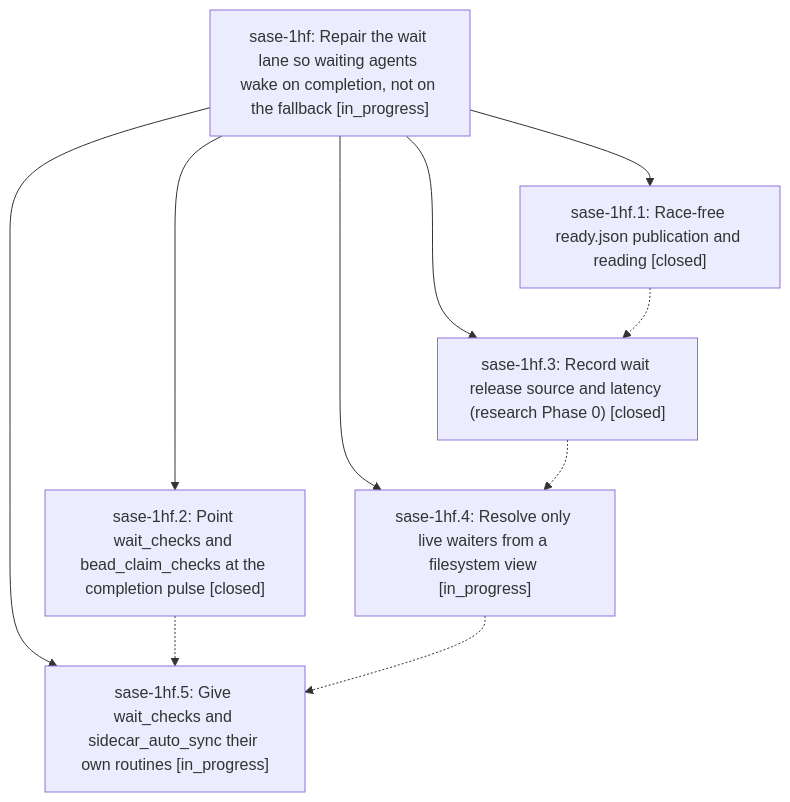
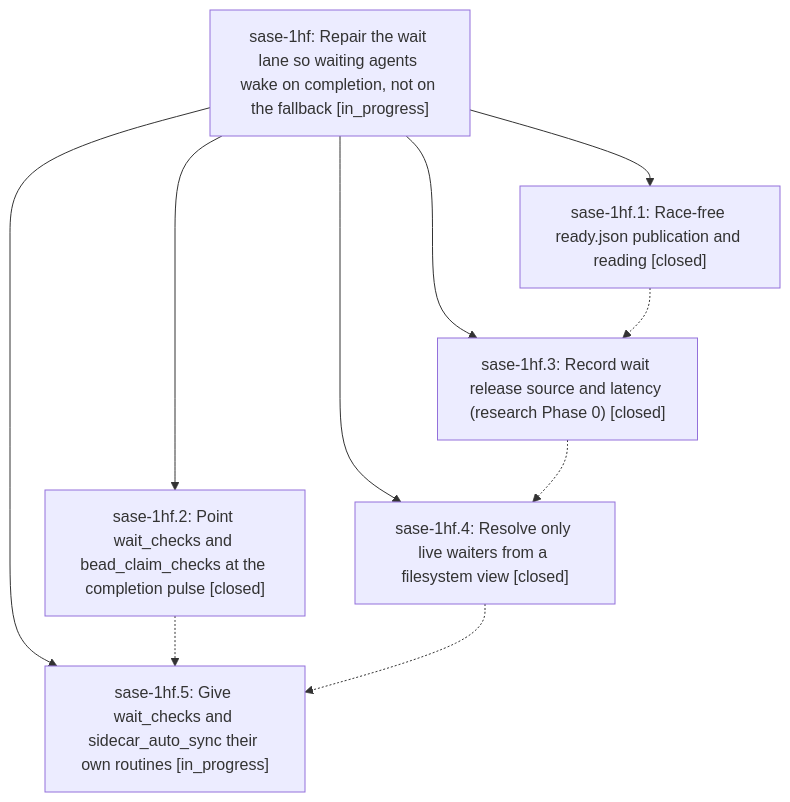
The diagram in pages/sase-1hf/README.md (sase-org/sase--beads), drawn with Mermaid before and after one commit. The commit also changed other lines of this file and 3 other files, not shown here.

````diff
--- a/pages/sase-1hf/README.md
+++ b/pages/sase-1hf/README.md
@@ -26,18 +38,18 @@
 ```mermaid
 flowchart TD
     n0["sase-1hf: Repair the wait lane so waiting agents wake on completion, not on the fallback [in_progress]"]
     n1["sase-1hf.1: Race-free ready.json publication and reading [closed]"]
     n2["sase-1hf.2: Point wait_checks and bead_claim_checks at the completion pulse [closed]"]
     n3["sase-1hf.3: Record wait release source and latency (research Phase 0) [closed]"]
-    n4["sase-1hf.4: Resolve only live waiters from a filesystem view [in_progress]"]
+    n4["sase-1hf.4: Resolve only live waiters from a filesystem view [closed]"]
     n5["sase-1hf.5: Give wait_checks and sidecar_auto_sync their own routines [in_progress]"]
     n0 --> n1
     n0 --> n2
     n0 --> n3
     n0 --> n4
     n0 --> n5
     n1 -.-> n3
     n2 -.-> n5
     n3 -.-> n4
     n4 -.-> n5
 ```
````
